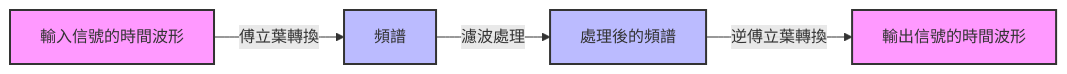
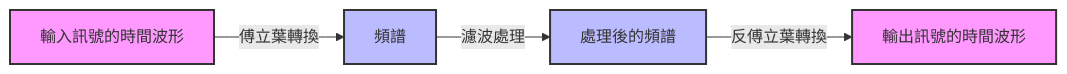
The diagram in content/post/fourier-series-and-transform/index.zh-tw.md (kenjinote/blog), drawn with Mermaid before and after one commit. The commit also changed other lines of this file and 5 other files, not shown here.

````diff
--- a/content/post/fourier-series-and-transform/index.zh-tw.md
+++ b/content/post/fourier-series-and-transform/index.zh-tw.md
@@ -80,12 +93,11 @@
 ```mermaid
 flowchart LR
-    A["輸入信號的時間波形"] -->|"傅立葉轉換"| B["頻譜"]
+    A["輸入訊號的時間波形"] -->|"傅立葉轉換"| B["頻譜"]
     B -->|"濾波處理"| C["處理後的頻譜"]
-    C -->|"逆傅立葉轉換"| D["輸出信號的時間波形"]
-    
-    %% 節點樣式
+    C -->|"反傅立葉轉換"| D["輸出訊號的時間波形"]
+
     style A fill:#f9f,stroke:#333,stroke-width:2px
     style B fill:#bbf,stroke:#333,stroke-width:2px
     style C fill:#bbf,stroke:#333,stroke-width:2px
     style D fill:#f9f,stroke:#333,stroke-width:2px
 ```
````
